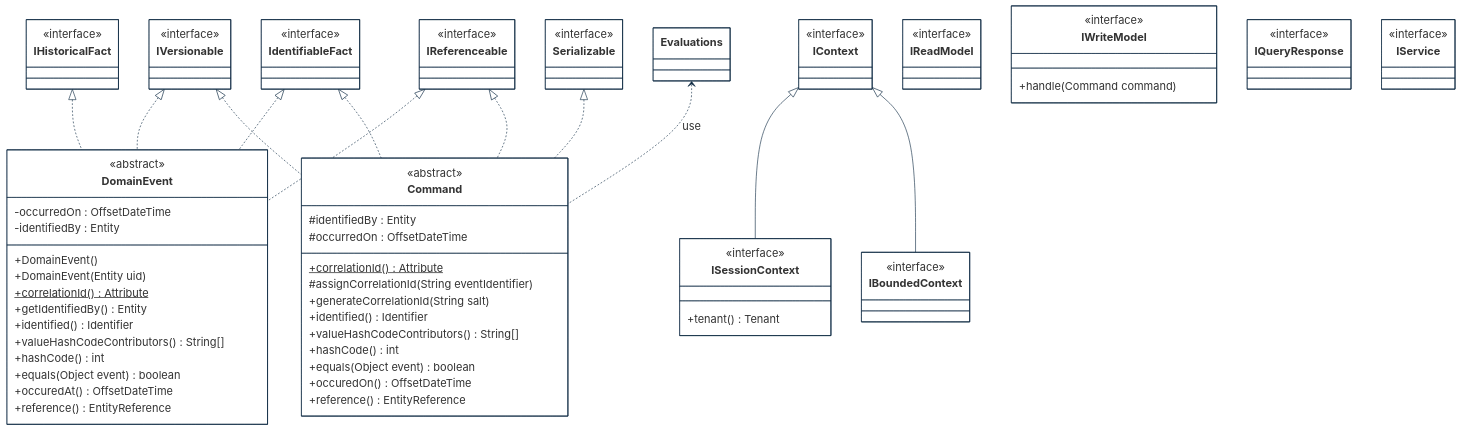
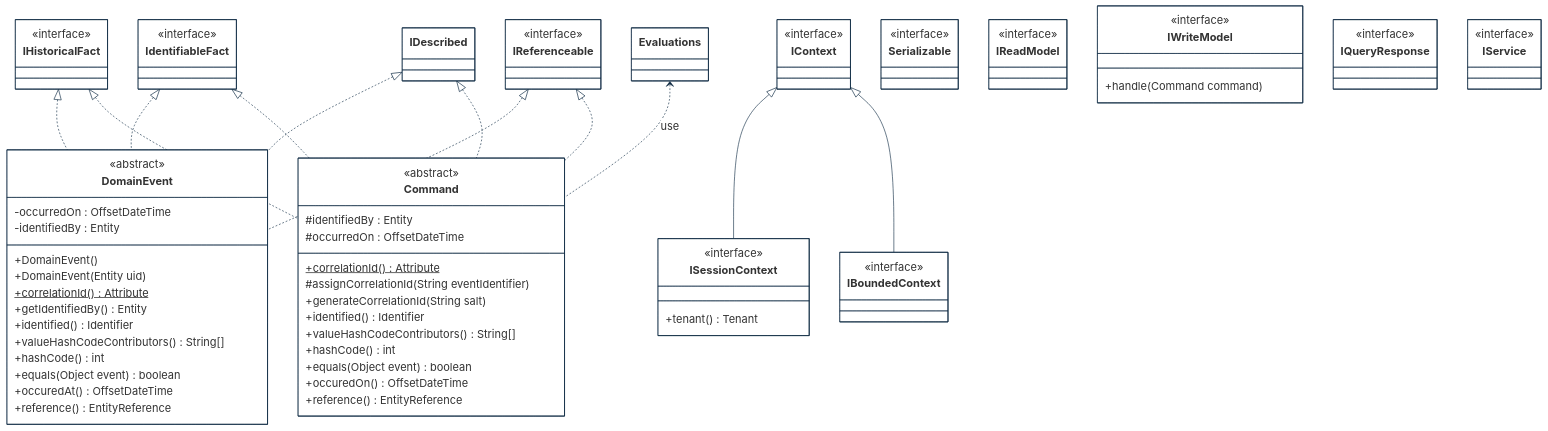
The first of 3 diagrams in implementations-line/framework/domain/designview-structure-models.md (cybnity/foundation), drawn with Mermaid before and after one commit. The commit also changed other lines of this file and 14 other files, not shown here.

```diff
--- a/implementations-line/framework/domain/designview-structure-models.md
+++ b/implementations-line/framework/domain/designview-structure-models.md
@@ -52,13 +52,13 @@
 }%%
 classDiagram
     IHistoricalFact <|.. DomainEvent
-    IVersionable <|.. DomainEvent
+    IDescribed <|.. DomainEvent
     IReferenceable <|.. DomainEvent
     IdentifiableFact <|.. DomainEvent
     IdentifiableFact <|.. Command
-    IVersionable <|.. Command
-    Serializable <|.. Command
+    IHistoricalFact <|.. Command
     IReferenceable <|.. Command
+    IDescribed <|.. Command
     Evaluations <.. Command : use
     IContext <|-- ISessionContext
     IContext <|-- IBoundedContext
@@ -82,9 +82,6 @@
         <<interface>>
     }
     class IdentifiableFact {
-        <<interface>>
-    }
-    class IVersionable {
         <<interface>>
     }
     class IContext {
```
